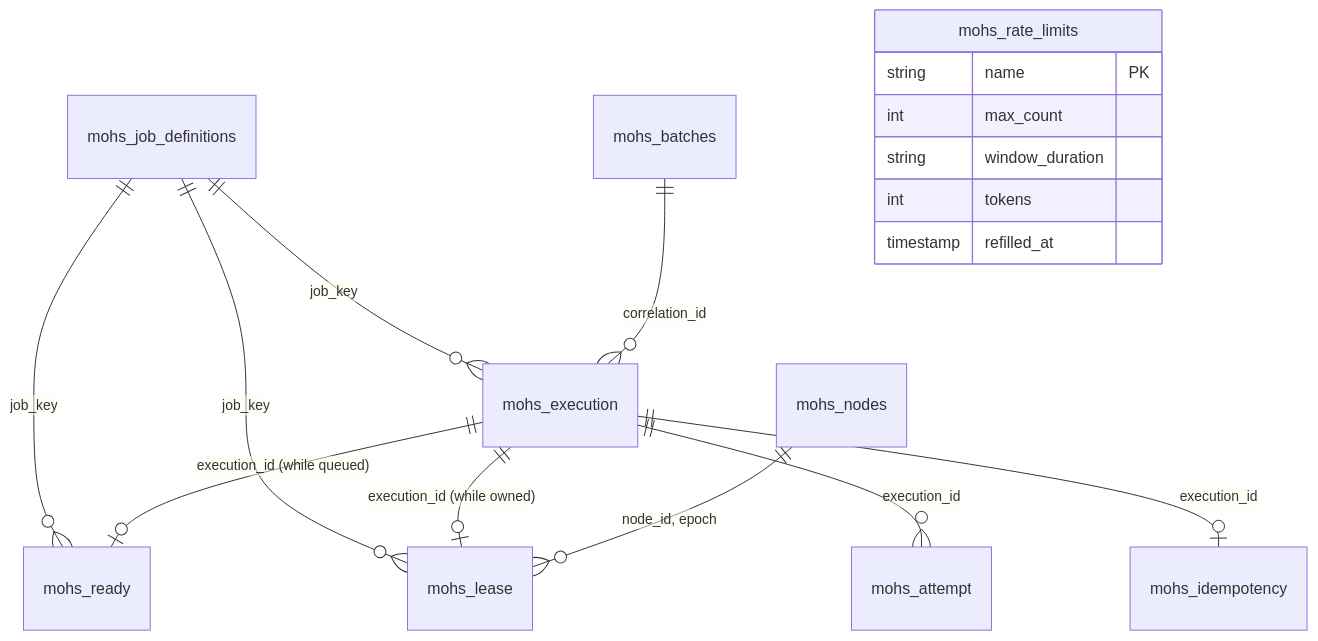
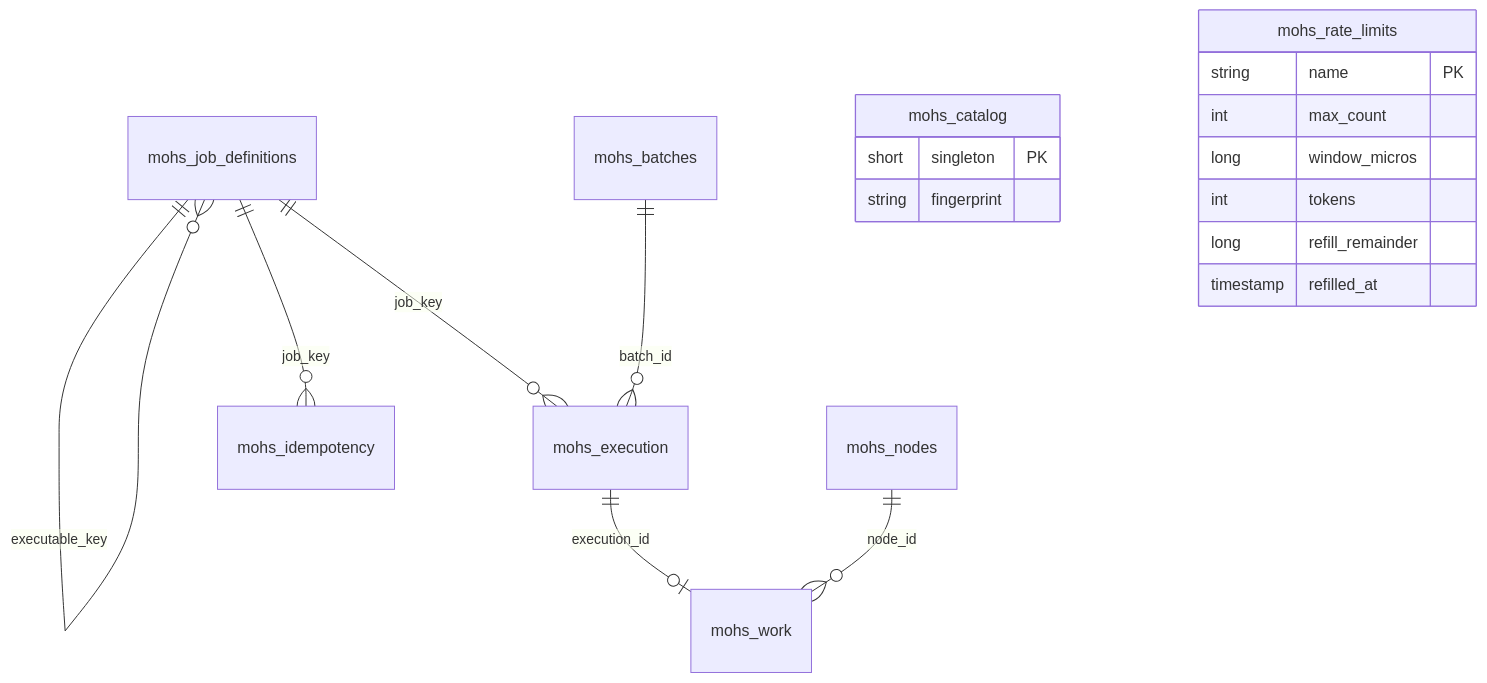
One commit to robsonkades/mohs changed the diagram in docs/06-data/data-model.md. Above: the diagram before and after it, drawn with Mermaid. The commit also changed other lines of this file and 67 other files, not shown here.

````diff
--- a/docs/06-data/data-model.md
+++ b/docs/06-data/data-model.md
@@ -10,19 +7,21 @@
 ```mermaid
 erDiagram
-    mohs_job_definitions ||--o{ mohs_ready : "job_key"
-    mohs_job_definitions ||--o{ mohs_lease : "job_key"
-    mohs_job_definitions ||--o{ mohs_execution : "job_key"
-    mohs_execution ||--o{ mohs_attempt : "execution_id"
-    mohs_execution ||--o| mohs_ready : "execution_id (while queued)"
-    mohs_execution ||--o| mohs_lease : "execution_id (while owned)"
-    mohs_execution ||--o| mohs_idempotency : "execution_id"
-    mohs_batches ||--o{ mohs_execution : "correlation_id"
-    mohs_nodes ||--o{ mohs_lease : "node_id, epoch"
+    mohs_job_definitions ||--o{ mohs_job_definitions : executable_key
+    mohs_job_definitions ||--o{ mohs_execution : job_key
+    mohs_execution ||--o| mohs_work : execution_id
+    mohs_nodes ||--o{ mohs_work : node_id
+    mohs_batches ||--o{ mohs_execution : batch_id
+    mohs_job_definitions ||--o{ mohs_idempotency : job_key
+    mohs_catalog {
+        short singleton PK
+        string fingerprint
+    }
     mohs_rate_limits {
         string name PK
         int max_count
-        string window_duration
+        long window_micros
         int tokens
+        long refill_remainder
         timestamp refilled_at
     }
 ```
````
